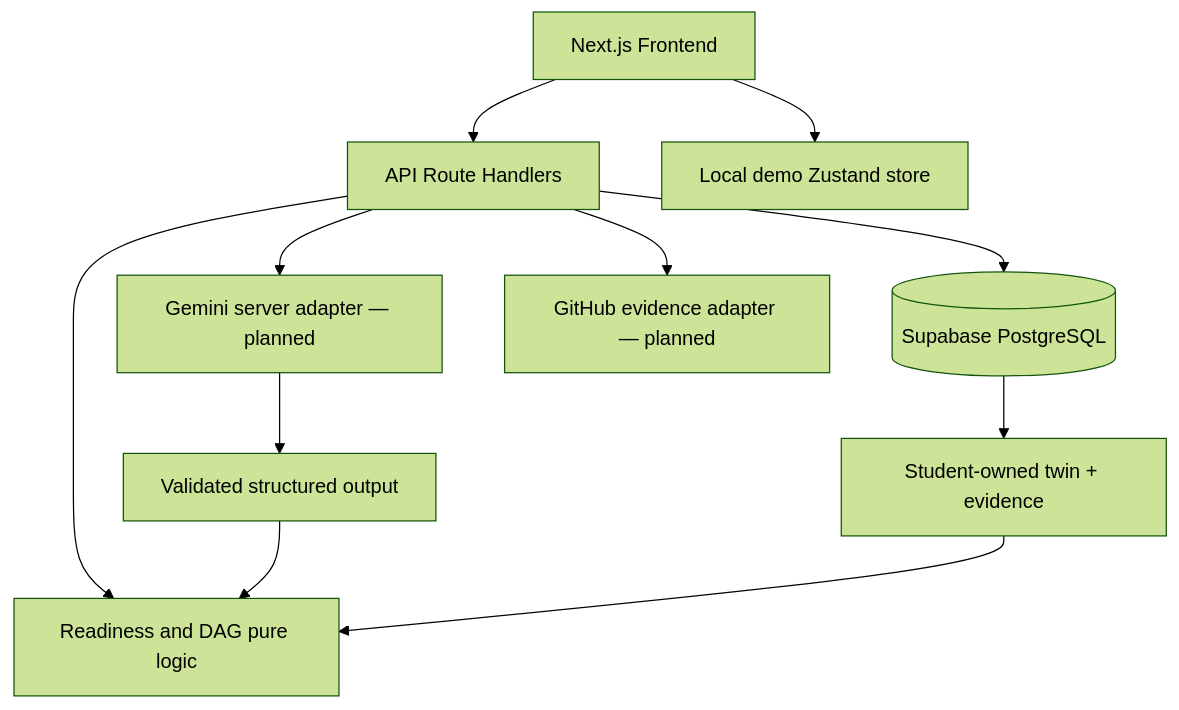
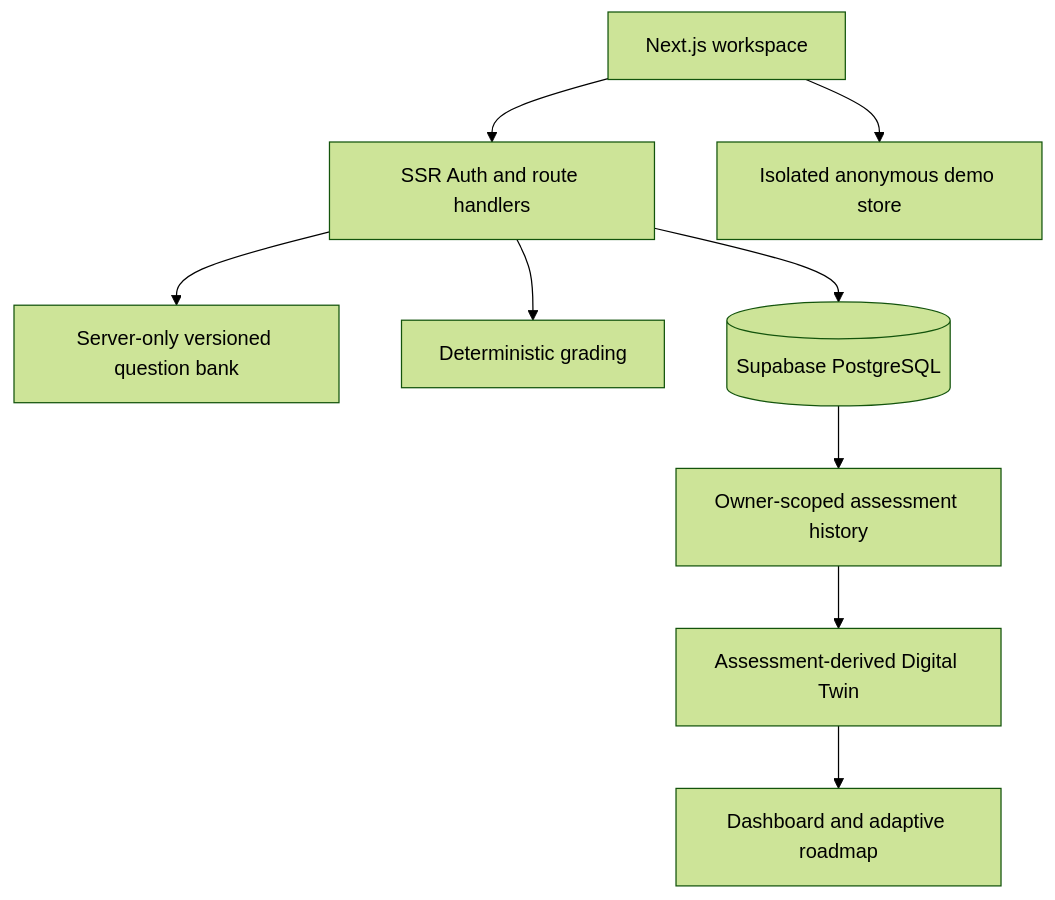
The diagram in docs/ARCHITECTURE.md (jatin45ppandey-design/Skillmetry), drawn with Mermaid (forest theme) before and after one commit. The commit also changed other lines of this file and 165 other files, not shown here.

````diff
--- a/docs/ARCHITECTURE.md
+++ b/docs/ARCHITECTURE.md
@@ -3,13 +3,11 @@
 ```mermaid
 flowchart TD
-  A[Next.js Frontend] --> B[API Route Handlers]
-  A --> C[Local demo Zustand store]
-  B --> D[Readiness and DAG pure logic]
-  B --> E[(Supabase PostgreSQL)]
-  B --> F[Gemini server adapter — planned]
-  B --> G[GitHub evidence adapter — planned]
-  E --> H[Student-owned twin + evidence]
-  F --> I[Validated structured output]
-  I --> D
-  H --> D
+  A[Next.js workspace] --> B[SSR Auth and route handlers]
+  A --> C[Isolated anonymous demo store]
+  B --> D[Server-only versioned question bank]
+  B --> E[Deterministic grading]
+  B --> F[(Supabase PostgreSQL)]
+  F --> G[Owner-scoped assessment history]
+  G --> H[Assessment-derived Digital Twin]
+  H --> I[Dashboard and adaptive roadmap]
 ```
````
